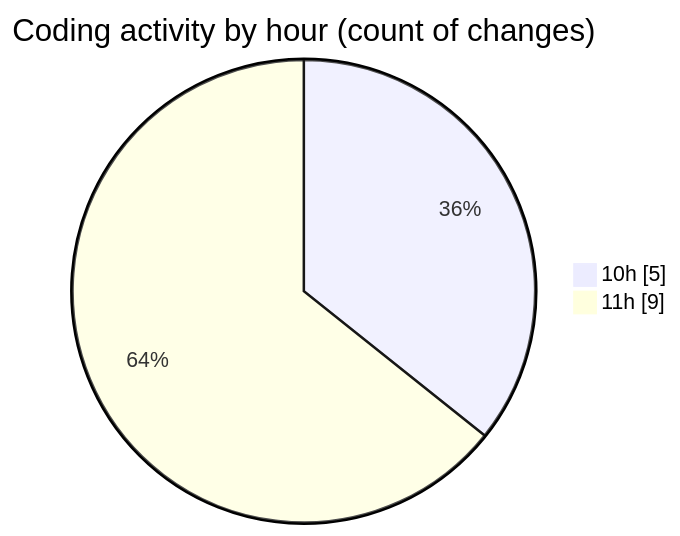
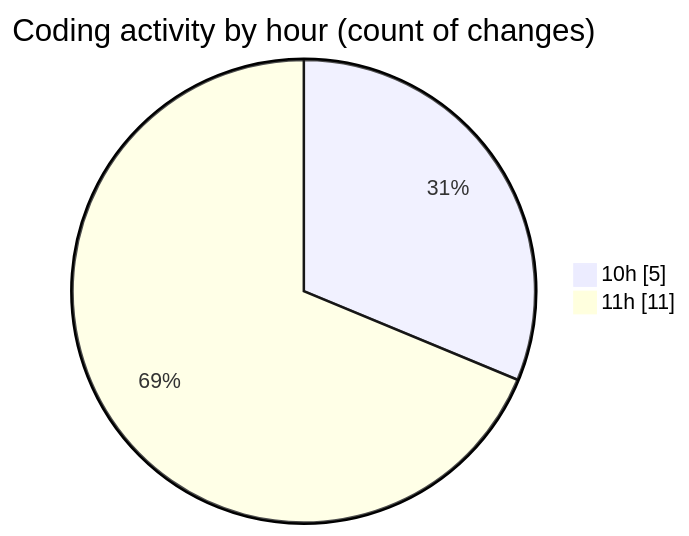
One commit to nxtqubesakshisongat/code-tracking changed the second of 2 diagrams in 2026-04-12/airfeed-analytics-dashboard/README.md. Above: the diagram before and after it, drawn with Mermaid. The commit also changed other lines of this file and 1 other file, not shown here.

````diff
--- a/2026-04-12/airfeed-analytics-dashboard/README.md
+++ b/2026-04-12/airfeed-analytics-dashboard/README.md
@@ -29,6 +29,6 @@
 ```mermaid
 pie showData
 title Coding activity by hour (count of changes)
 "10h" : 5
-"11h" : 9
+"11h" : 11
 ```
````
